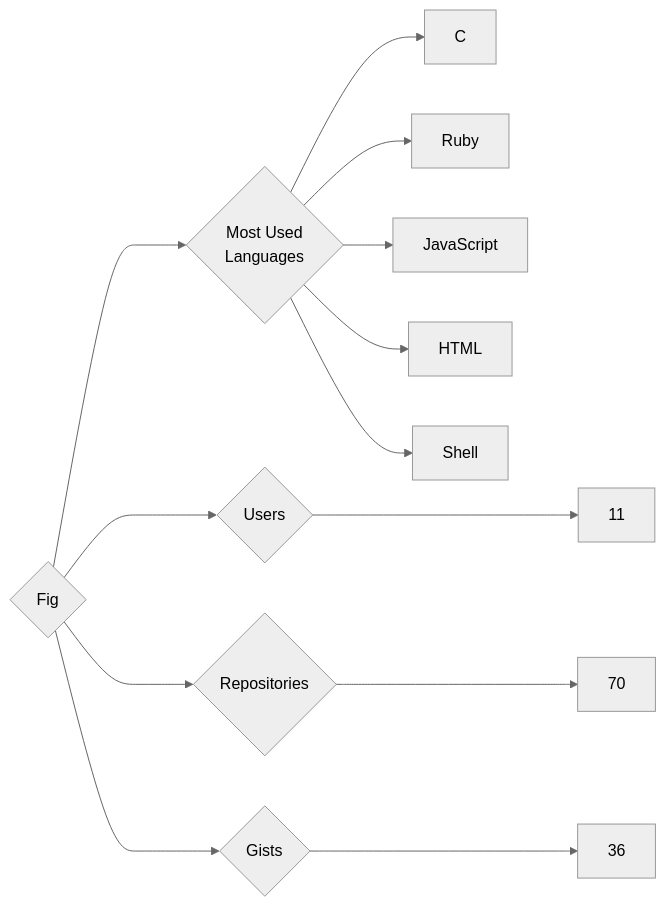
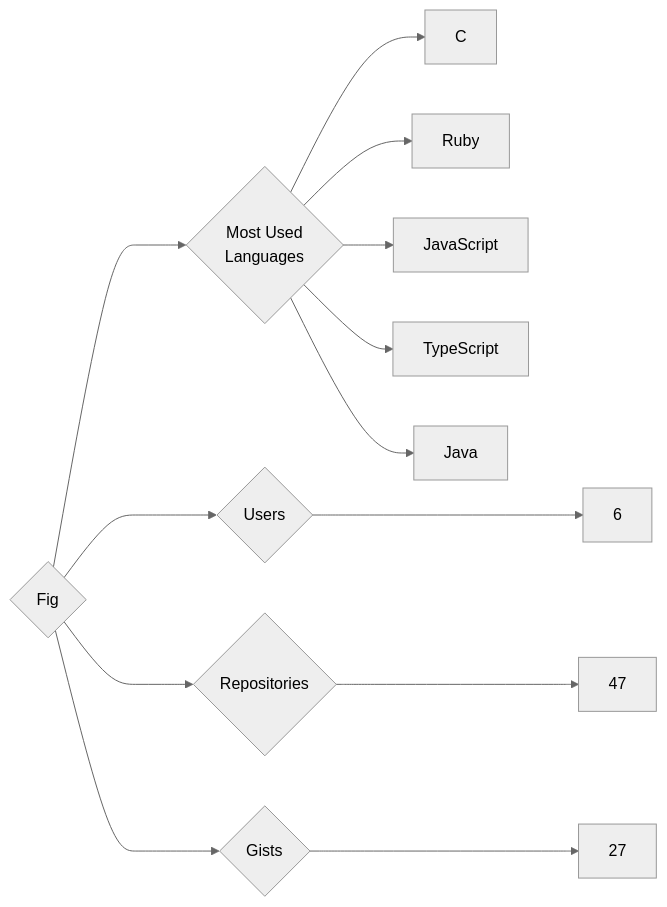
The diagram in targets/Fig/README.md (trickest/insiders), drawn with Mermaid (neutral theme) before and after one commit. The commit also changed 815 other files, not shown here.

````diff
--- a/targets/Fig/README.md
+++ b/targets/Fig/README.md
@@ -3,13 +3,13 @@
 ```mermaid
 graph LR
 COMPANY_NAME{Fig}
-COMPANY_NAME ---> U{Users} ---> UN[11]
-COMPANY_NAME ---> R{Repositories} ---> RN[70]
-COMPANY_NAME ---> G{Gists} ---> GN[36]
+COMPANY_NAME ---> U{Users} ---> UN[6]
+COMPANY_NAME ---> R{Repositories} ---> RN[47]
+COMPANY_NAME ---> G{Gists} ---> GN[27]
 COMPANY_NAME ---> ML{Most Used<br>Languages}
 ML --> C[C]
 ML --> Ruby[Ruby]
 ML --> JavaScript[JavaScript]
-ML --> HTML[HTML]
-ML --> Shell[Shell]
+ML --> TypeScript[TypeScript]
+ML --> Java[Java]
 ```
````
